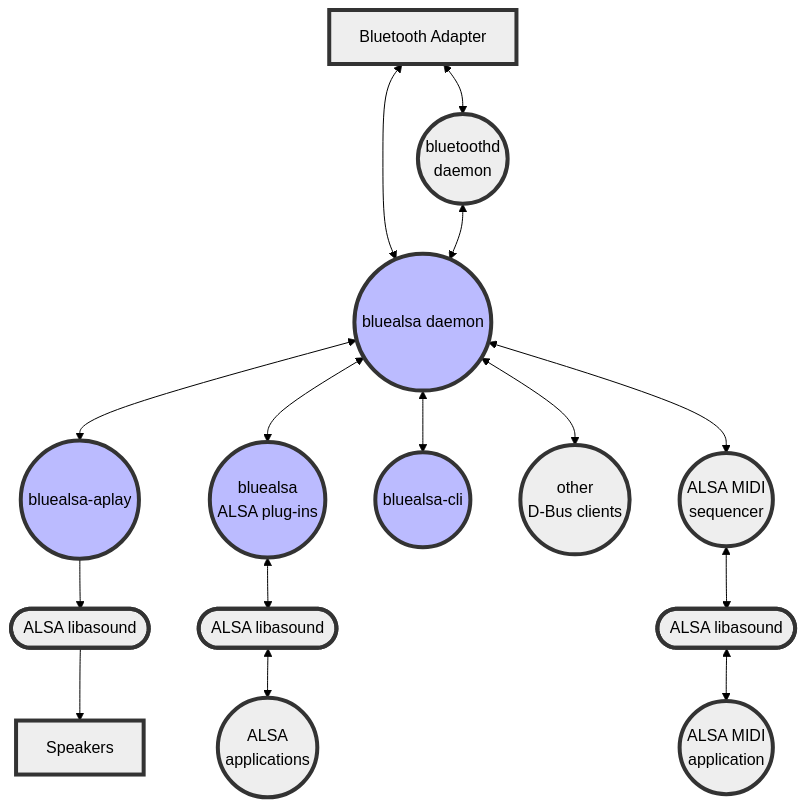
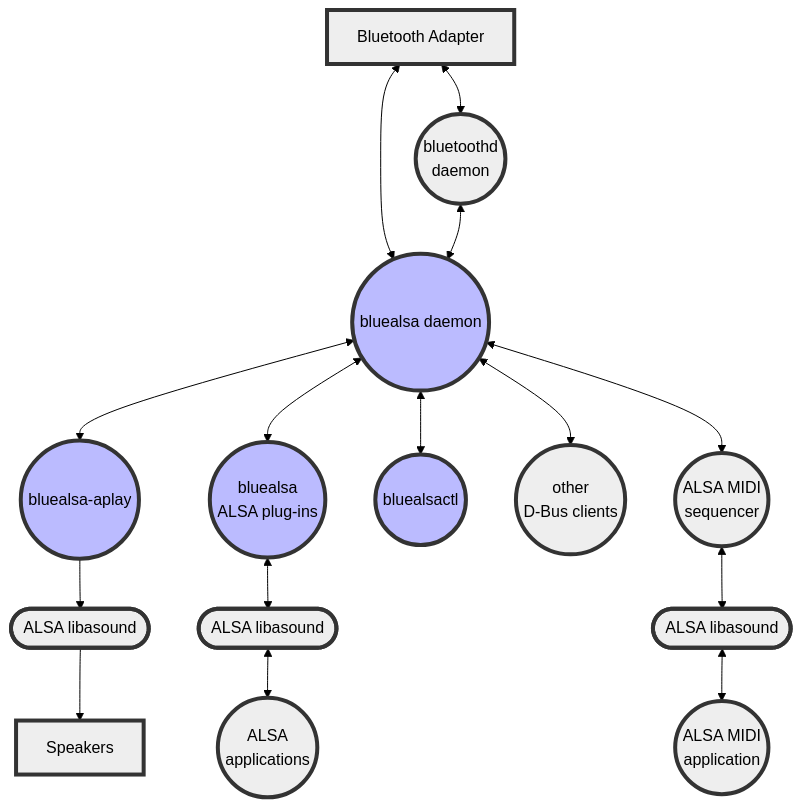
Before and after one commit to arkq/bluez-alsa: the diagram in README.md, drawn with Mermaid (forest theme). The commit also changed other lines of this file and 38 other files, not shown here.

Commit message:
Rename bluealsa-cli tool to bluealsactl

````diff
--- a/README.md
+++ b/README.md
@@ -42,23 +42,23 @@
 ```mermaid
 flowchart TD
 classDef external fill:#eee,stroke:#333,stroke-width:4px,color:black;
 classDef bluealsa fill:#bbf,stroke:#333,stroke-width:4px,color:black;
 
 A[Bluetooth Adapter] <--> B((bluetoothd\ndaemon))
 A <--> C((bluealsa daemon))
 B <--> C
 C <--> D((bluealsa-aplay))
 D --> E([ALSA libasound])
 E --> K[Speakers]
 C <--> F((bluealsa\nALSA plug-ins))
-C <--> G((bluealsa-cli))
+C <--> G((bluealsactl))
 F <--> H([ALSA libasound])
 H <--> I((ALSA\napplications))
 C <--> J((other\nD-Bus clients))
 C <--> L((ALSA MIDI\nsequencer))
 L <--> M([ALSA libasound])
 M <--> N((ALSA MIDI\napplication))
 
 class A,B,E,H,I,J,K,L,M,N external;
 class C,D,F,G bluealsa;
 ```
````
